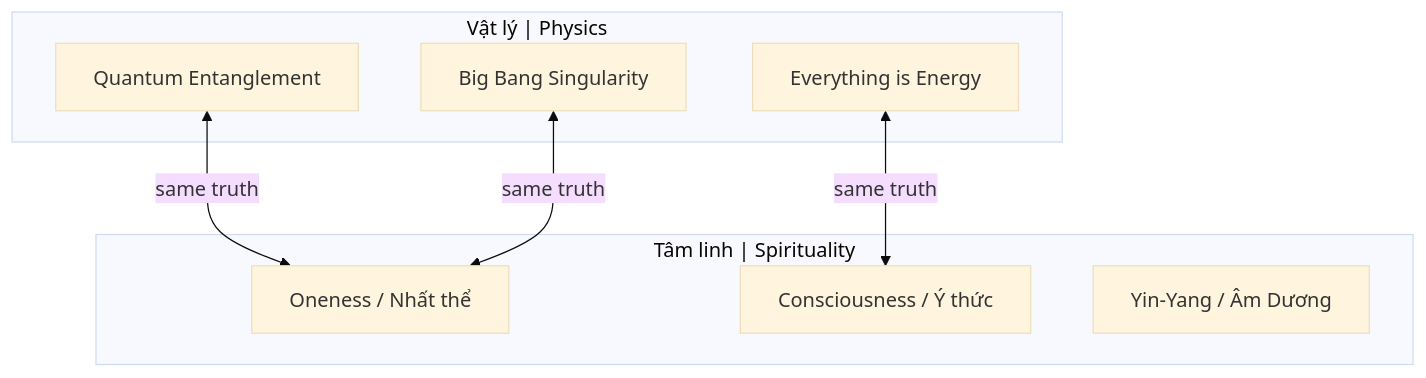
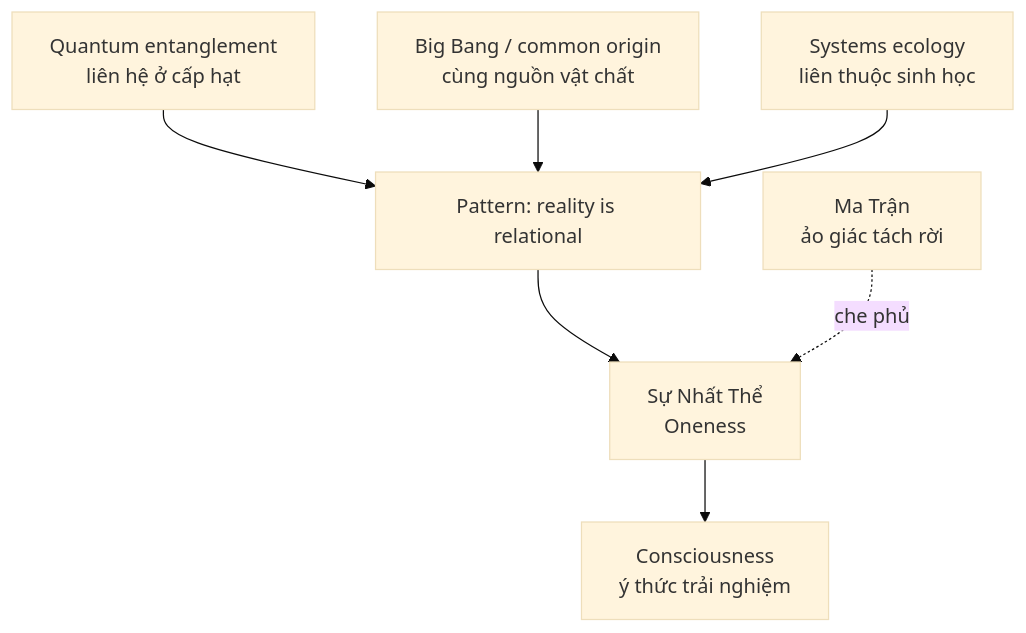
One commit to dyukahi/knowledge changed the first of 2 diagrams in mental-models/Sự Thật Ẩn Sau Con Người Bạn.md. Above: the diagram before and after it, drawn with Mermaid (base theme). The commit also changed other lines of this file and 6 other files, not shown here.

````diff
--- a/mental-models/Sự Thật Ẩn Sau Con Người Bạn.md
+++ b/mental-models/Sự Thật Ẩn Sau Con Người Bạn.md
@@ -19,18 +34,16 @@
 ```mermaid
 flowchart TD
-    subgraph "Vật lý | Physics"
-        Q["Quantum Entanglement"]
-        B["Big Bang Singularity"]
-        E["Everything is Energy"]
-    end
-    
-    subgraph "Tâm linh | Spirituality"
-        O["Oneness / Nhất thể"]
-        C["Consciousness / Ý thức"]
-        YY["Yin-Yang / Âm Dương"]
-    end
-    
-    Q <-->|"same truth"| O
-    B <-->|"same truth"| O
-    E <-->|"same truth"| C
+    Q["Quantum entanglement<br/>liên hệ ở cấp hạt"]
+    B["Big Bang / common origin<br/>cùng nguồn vật chất"]
+    S["Systems ecology<br/>liên thuộc sinh học"]
+    O["Sự Nhất Thể<br/>Oneness"]
+    C["Consciousness<br/>ý thức trải nghiệm"]
+    M["Ma Trận<br/>ảo giác tách rời"]
+
+    Q --> P["Pattern: reality is relational"]
+    B --> P
+    S --> P
+    P --> O
+    O --> C
+    M -. "che phủ" .-> O
 ```
````
